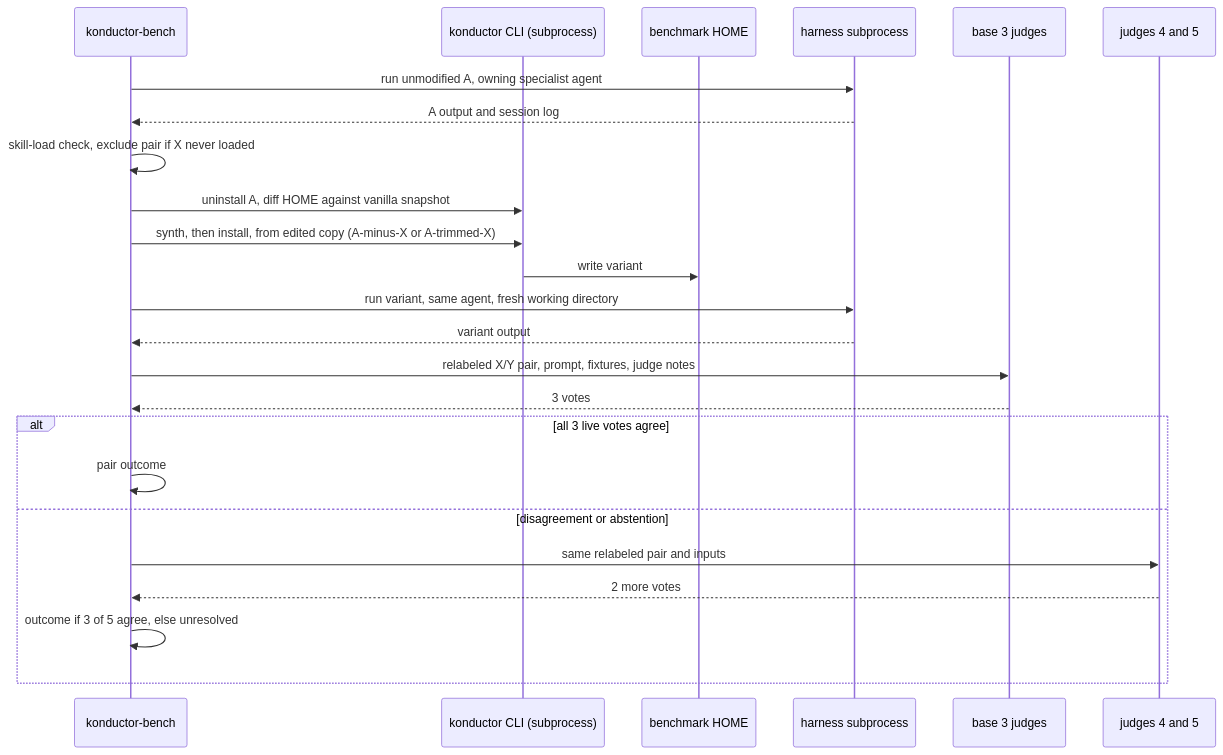
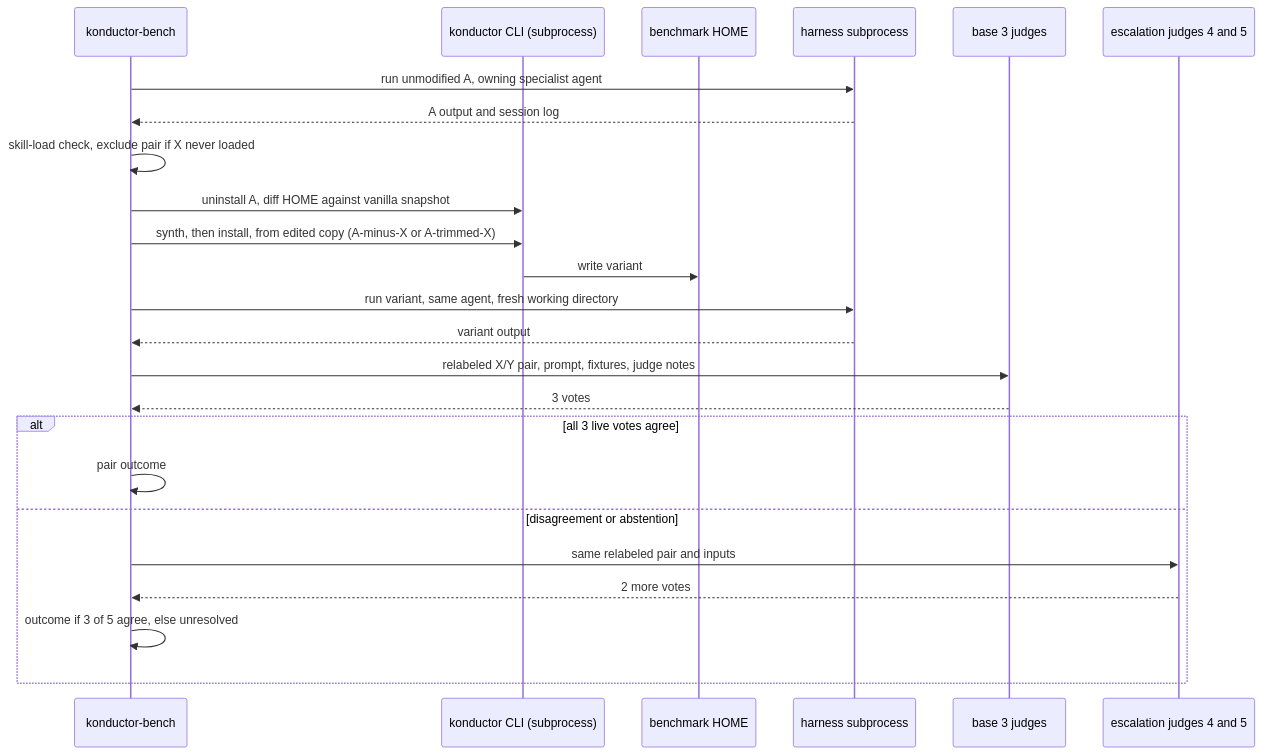
One commit to aws-solutions/konductor changed the fourth of 4 diagrams in .konductor/designs/benchmarking/design.md. Above: the diagram before and after it, drawn with Mermaid. The commit also changed other lines of this file, not shown here.

````diff
--- a/.konductor/designs/benchmarking/design.md
+++ b/.konductor/designs/benchmarking/design.md
@@ -249,27 +244,27 @@
 ```mermaid
 sequenceDiagram
     participant Bench as konductor-bench
     participant Konductor as konductor CLI (subprocess)
     participant Home as benchmark HOME
     participant Sub as harness subprocess
     participant J3 as base 3 judges
-    participant J5 as judges 4 and 5
+    participant J5 as escalation judges 4 and 5
 
     Bench->>Sub: run unmodified A, owning specialist agent
     Sub-->>Bench: A output and session log
     Bench->>Bench: skill-load check, exclude pair if X never loaded
     Bench->>Konductor: uninstall A, diff HOME against vanilla snapshot
     Bench->>Konductor: synth, then install, from edited copy (A-minus-X or A-trimmed-X)
     Konductor->>Home: write variant
     Bench->>Sub: run variant, same agent, fresh working directory
     Sub-->>Bench: variant output
     Bench->>J3: relabeled X/Y pair, prompt, fixtures, judge notes
     J3-->>Bench: 3 votes
     alt all 3 live votes agree
         Bench->>Bench: pair outcome
     else disagreement or abstention
         Bench->>J5: same relabeled pair and inputs
         J5-->>Bench: 2 more votes
         Bench->>Bench: outcome if 3 of 5 agree, else unresolved
     end
 ```
````
